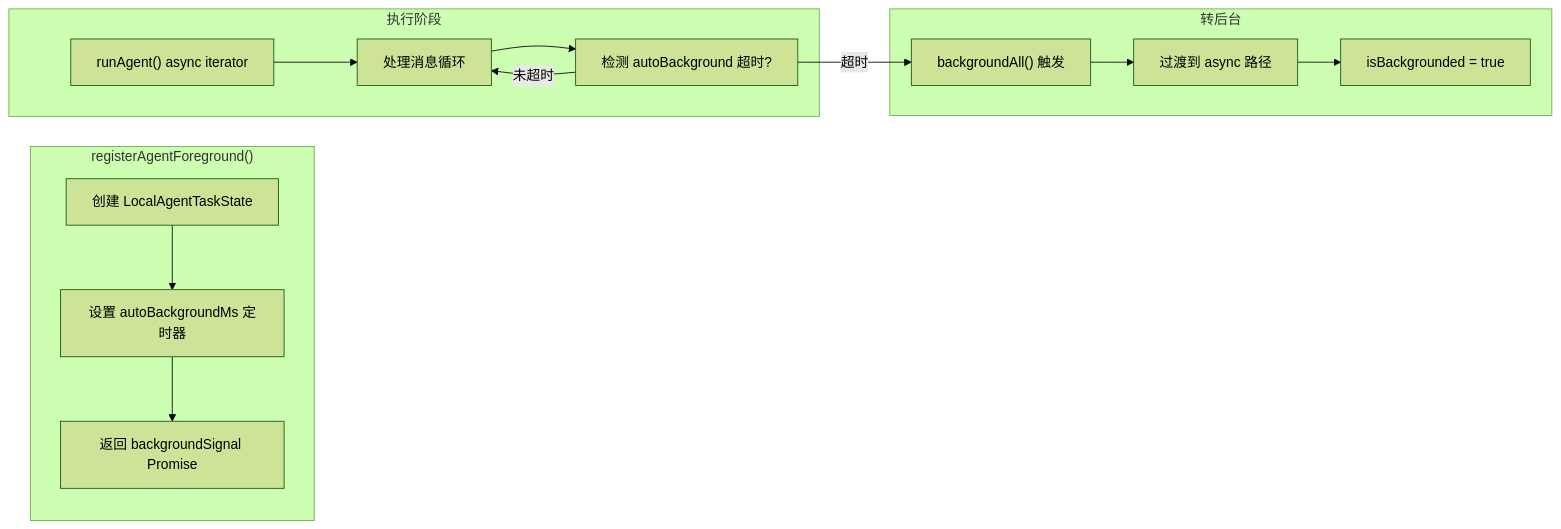
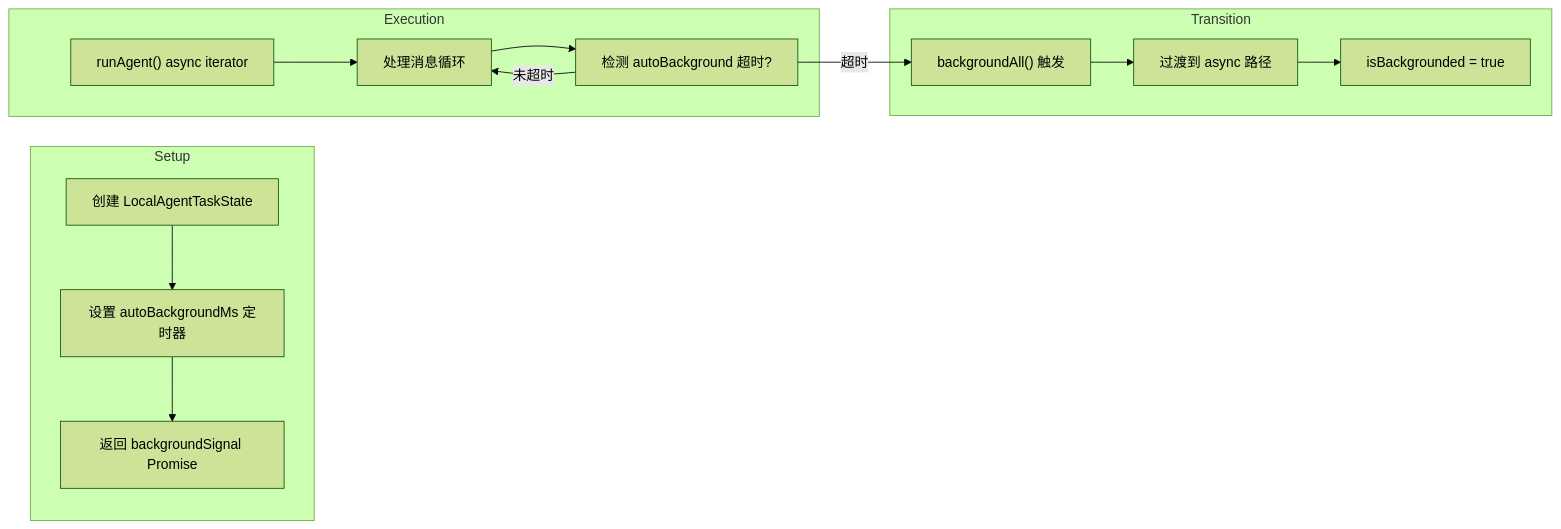
One commit to platootalp/harness-code changed the seventh of 15 diagrams in harness/docs/deep/AGENT-SYSTEM.md. Above: the diagram before and after it, drawn with Mermaid (forest theme). The commit also changed other lines of this file and 8 other files, not shown here.

First line of the commit message:
docs: review and fix docs/deep/ accuracy and mermaid rendering

````diff
--- a/harness/docs/deep/AGENT-SYSTEM.md
+++ b/harness/docs/deep/AGENT-SYSTEM.md
@@ -504,25 +505,25 @@
 ```mermaid
 flowchart LR
-    subgraph Setup["registerAgentForeground()"]
+    subgraph Setup
         A1["创建 LocalAgentTaskState"]
         A2["设置 autoBackgroundMs 定时器"]
         A3["返回 backgroundSignal Promise"]
     end
 
-    subgraph Execution["执行阶段"]
+    subgraph Execution
         B1["runAgent() async iterator"]
         B2["处理消息循环"]
         B3["检测 autoBackground 超时?"]
     end
 
-    subgraph Transition["转后台"]
+    subgraph Transition
         C1["backgroundAll() 触发"]
         C2["过渡到 async 路径"]
         C3["isBackgrounded = true"]
     end
 
     A1 --> A2 --> A3
     B1 --> B2 --> B3
     B3 -->|超时| C1 --> C2 --> C3
     B3 -->|未超时| B2
 ```
````
